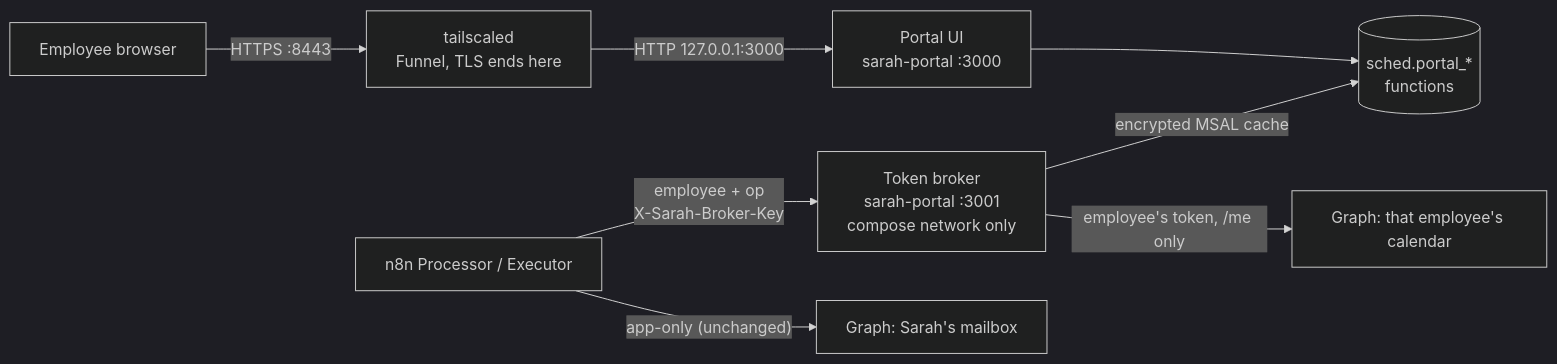
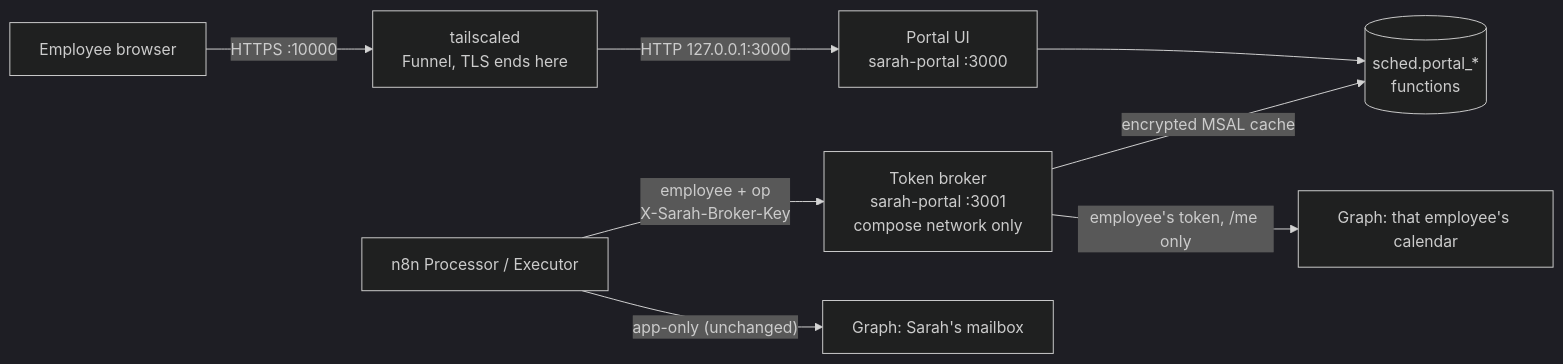
One commit to CaseyCutshall-BluZoneBio/bzb-secretary-agent changed the diagram in docs/09-portal.md. Above: the diagram before and after it, drawn with Mermaid (dark theme). The commit also changed other lines of this file and 18 other files, not shown here.

````diff
--- a/docs/09-portal.md
+++ b/docs/09-portal.md
@@ -14,10 +14,10 @@
 ```mermaid
 flowchart LR
-  U[Employee browser] -- HTTPS :8443 --> F[tailscaled<br/>Funnel, TLS ends here]
+  U[Employee browser] -- HTTPS :10000 --> F[tailscaled<br/>Funnel, TLS ends here]
   F -- HTTP 127.0.0.1:3000 --> P[Portal UI<br/>sarah-portal :3000]
   P --> DB[(sched.portal_*<br/>functions)]
   N[n8n Processor / Executor] -- "employee + op<br/>X-Sarah-Broker-Key" --> B[Token broker<br/>sarah-portal :3001<br/>compose network only]
   B -- encrypted MSAL cache --> DB
   B -- "employee's token, /me only" --> G[Graph: that employee's calendar]
   N -- "app-only (unchanged)" --> M[Graph: Sarah's mailbox]
 ```
````
